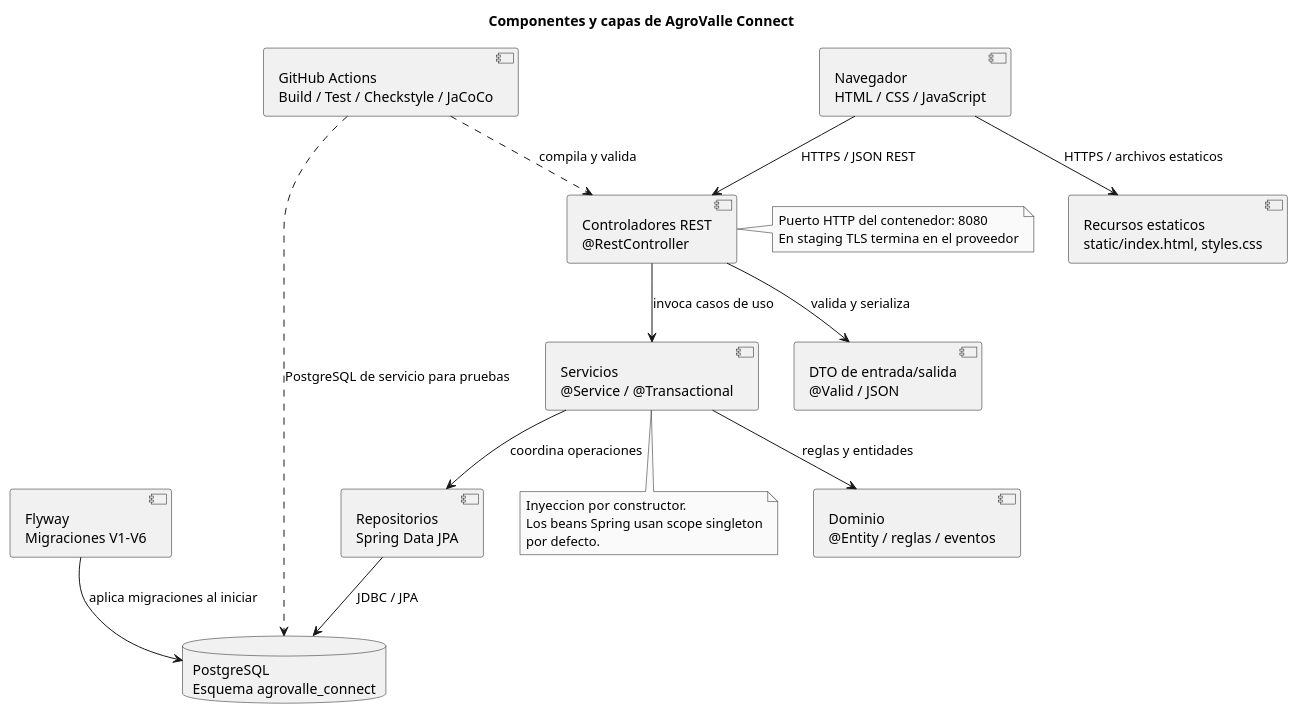
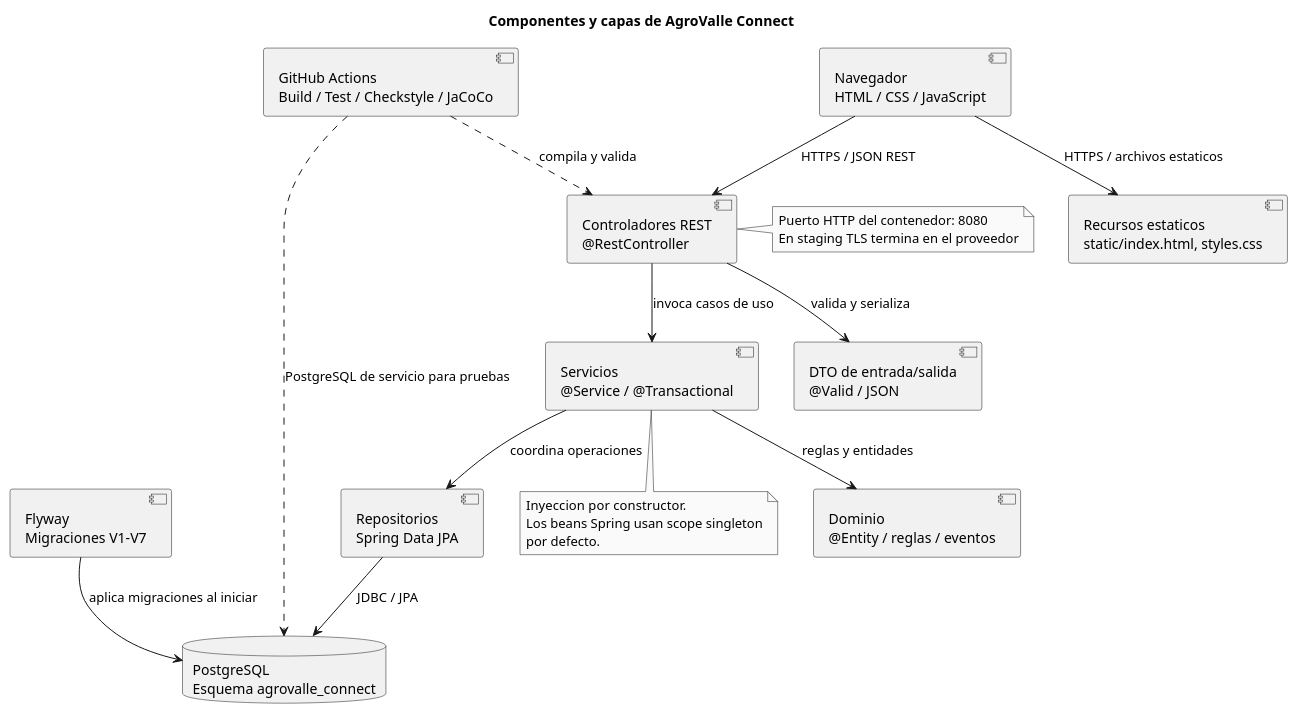
One commit to santixit/agrovalle-connect changed the diagram in docs/diseno/diagrama-componentes.puml. Above: the diagram before and after it, drawn with PlantUML. The commit also changed 17 other files, not shown here.

```diff
--- a/docs/diseno/diagrama-componentes.puml
+++ b/docs/diseno/diagrama-componentes.puml
@@ -1,39 +1,39 @@
 @startuml AgroValle_Componentes
 skinparam componentStyle uml2
 skinparam monochrome true
 skinparam shadowing false
 title Componentes y capas de AgroValle Connect
 
 component "Navegador\nHTML / CSS / JavaScript" as Browser
 component "Recursos estaticos\nstatic/index.html, styles.css" as Web
 component "Controladores REST\n@RestController" as Controllers
 component "DTO de entrada/salida\n@Valid / JSON" as DTO
 component "Servicios\n@Service / @Transactional" as Services
 component "Dominio\n@Entity / reglas / eventos" as Domain
 component "Repositorios\nSpring Data JPA" as Repositories
 database "PostgreSQL\nEsquema agrovalle_connect" as DB
-component "Flyway\nMigraciones V1-V6" as Flyway
+component "Flyway\nMigraciones V1-V7" as Flyway
 component "GitHub Actions\nBuild / Test / Checkstyle / JaCoCo" as CI
 
 Browser --> Web : HTTPS / archivos estaticos
 Browser --> Controllers : HTTPS / JSON REST
 Controllers --> DTO : valida y serializa
 Controllers --> Services : invoca casos de uso
 Services --> Domain : reglas y entidades
 Services --> Repositories : coordina operaciones
 Repositories --> DB : JDBC / JPA
 Flyway --> DB : aplica migraciones al iniciar
 CI ..> DB : PostgreSQL de servicio para pruebas
 CI ..> Controllers : compila y valida
 
 note right of Controllers
   Puerto HTTP del contenedor: 8080
   En staging TLS termina en el proveedor
 end note
 
 note bottom of Services
   Inyeccion por constructor.
   Los beans Spring usan scope singleton
   por defecto.
 end note
 @enduml
```
